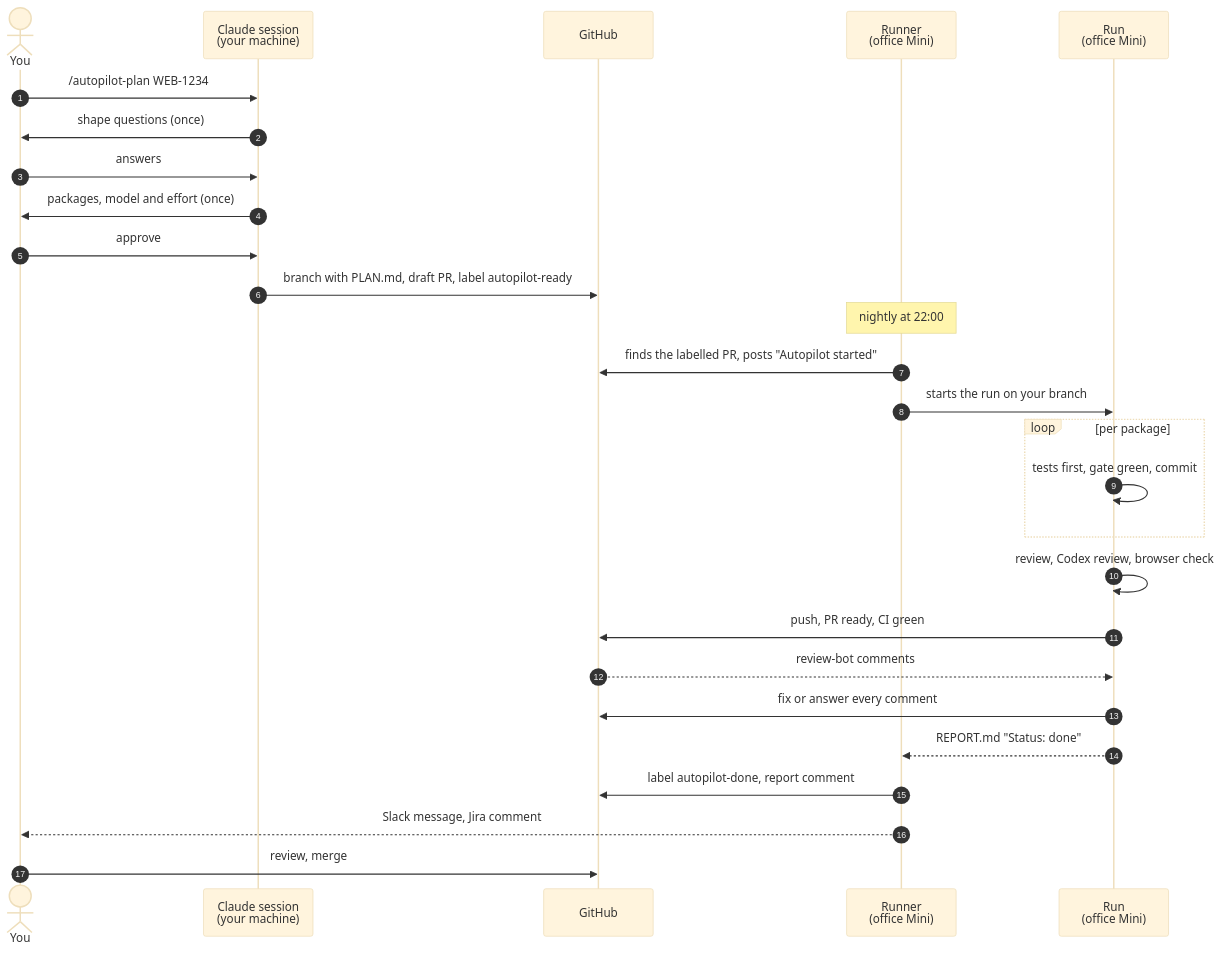
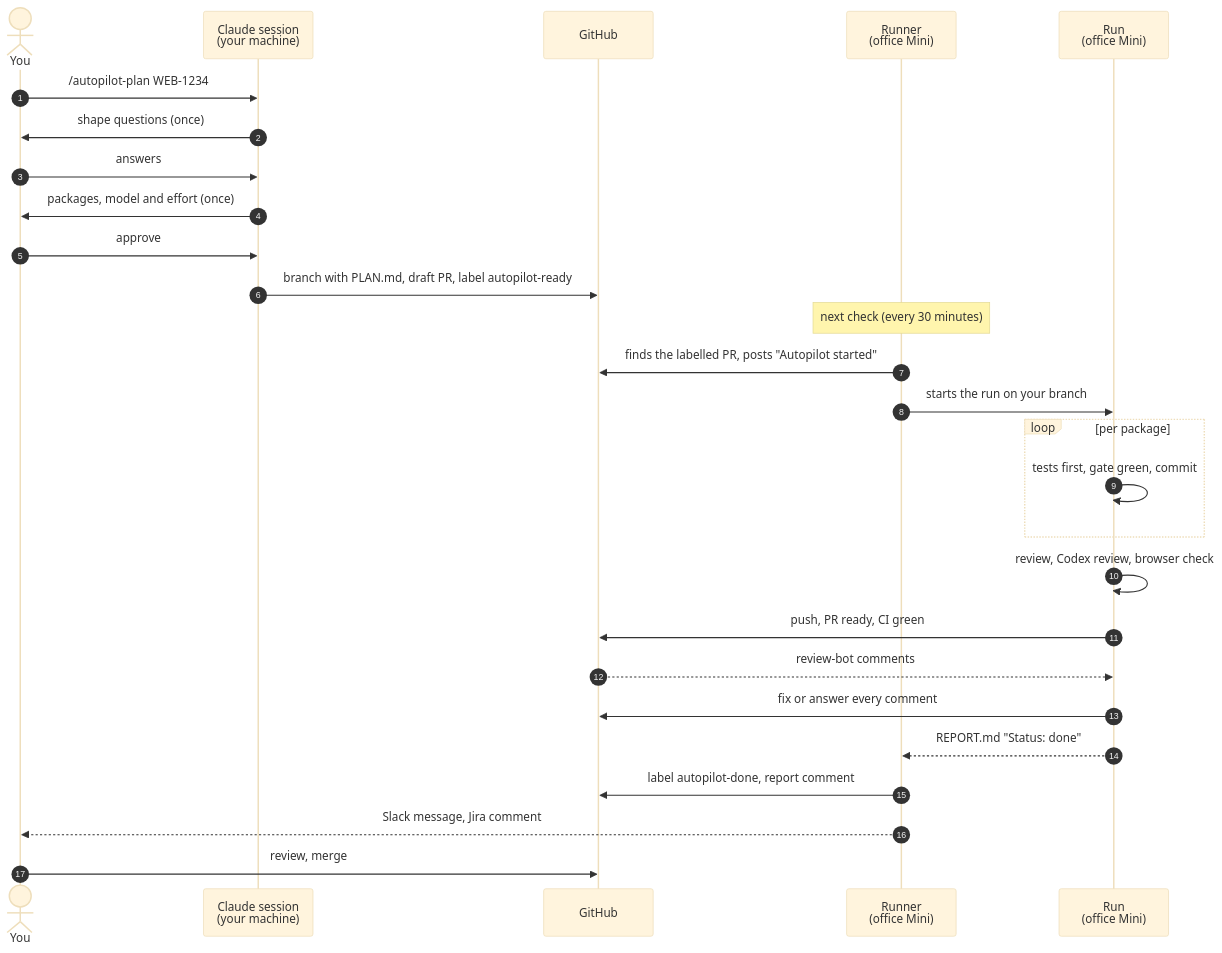
One commit to evelan-de/claude-code-plugins changed the second of 7 diagrams in docs/autopilot-developer-guide.md. Above: the diagram before and after it, drawn with Mermaid (base theme). The commit also changed other lines of this file and 6 other files, not shown here.

Commit message:
docs: the queue checks every 30 minutes, the label means start now; plugin 3.5.0

````diff
--- a/docs/autopilot-developer-guide.md
+++ b/docs/autopilot-developer-guide.md
@@ -73,30 +74,30 @@
 ```mermaid
 sequenceDiagram
     autonumber
     actor Dev as You
     participant CS as Claude session<br/>(your machine)
     participant GH as GitHub
     participant MC as Runner<br/>(office Mini)
     participant Run as Run<br/>(office Mini)
 
     Dev->>CS: /autopilot-plan WEB-1234
     CS->>Dev: shape questions (once)
     Dev->>CS: answers
     CS->>Dev: packages, model and effort (once)
     Dev->>CS: approve
     CS->>GH: branch with PLAN.md, draft PR, label autopilot-ready
-    Note over MC: nightly at 22:00
+    Note over MC: next check (every 30 minutes)
     MC->>GH: finds the labelled PR, posts "Autopilot started"
     MC->>Run: starts the run on your branch
     loop per package
         Run->>Run: tests first, gate green, commit
     end
     Run->>Run: review, Codex review, browser check
     Run->>GH: push, PR ready, CI green
     GH-->>Run: review-bot comments
     Run->>GH: fix or answer every comment
     Run-->>MC: REPORT.md "Status: done"
     MC->>GH: label autopilot-done, report comment
     MC-->>Dev: Slack message, Jira comment
     Dev->>GH: review, merge
 ```
````
